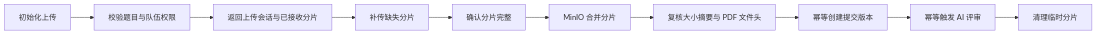
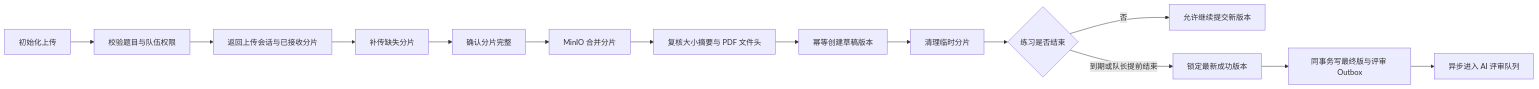
One commit to Dorian7Alden/LeetModel changed the first of 2 diagrams in docs/project/03-微服务设计/submission-service/论文提交/上传流程.md. Above: the diagram before and after it, drawn with Mermaid. The commit also changed other lines of this file and 6 other files, not shown here.

````diff
--- a/docs/project/03-微服务设计/submission-service/论文提交/上传流程.md
+++ b/docs/project/03-微服务设计/submission-service/论文提交/上传流程.md
@@ -3,12 +3,16 @@
 ```mermaid
 flowchart LR
     A[初始化上传] --> B[校验题目与队伍权限]
     B --> C[返回上传会话与已接收分片]
     C --> D[补传缺失分片]
     D --> E[确认分片完整]
     E --> F[MinIO 合并分片]
     F --> G[复核大小摘要与 PDF 文件头]
-    G --> H[幂等创建提交版本]
-    H --> I[幂等触发 AI 评审]
-    I --> J[清理临时分片]
+    G --> H[幂等创建草稿版本]
+    H --> I[清理临时分片]
+    I --> J{练习是否结束}
+    J -->|否| K[允许继续提交新版本]
+    J -->|到期或队长提前结束| L[锁定最新成功版本]
+    L --> M[同事务写最终版与评审 Outbox]
+    M --> N[异步进入 AI 评审队列]
 ```
````
